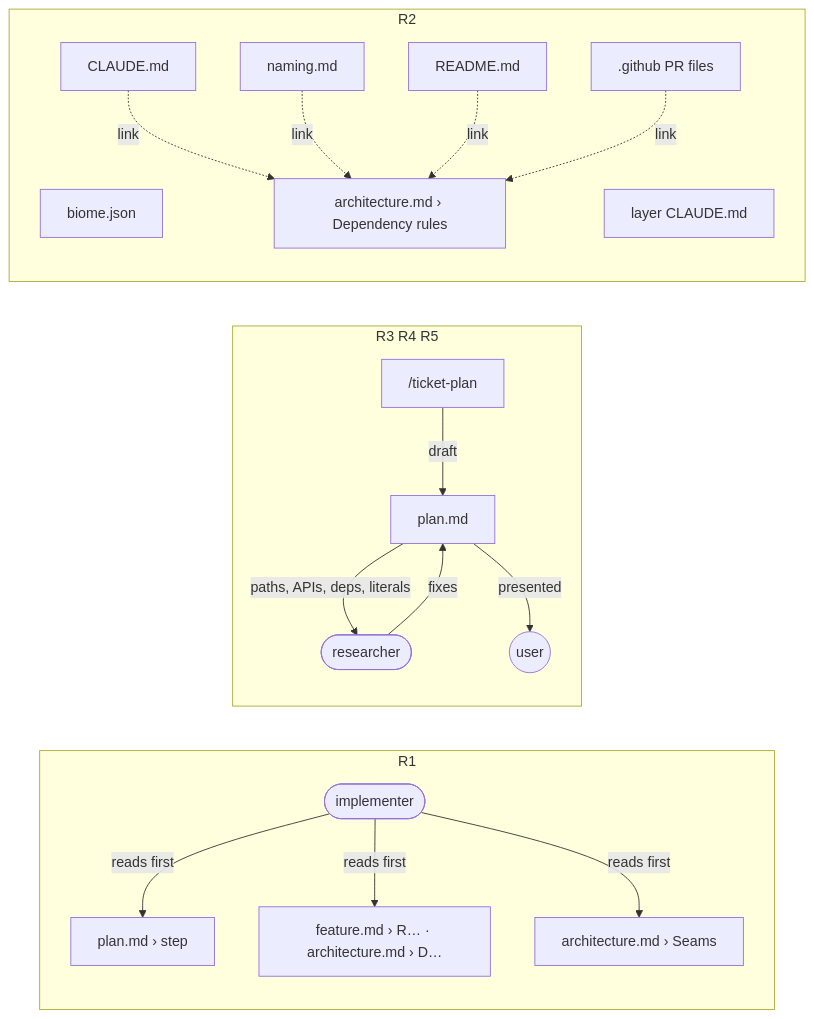
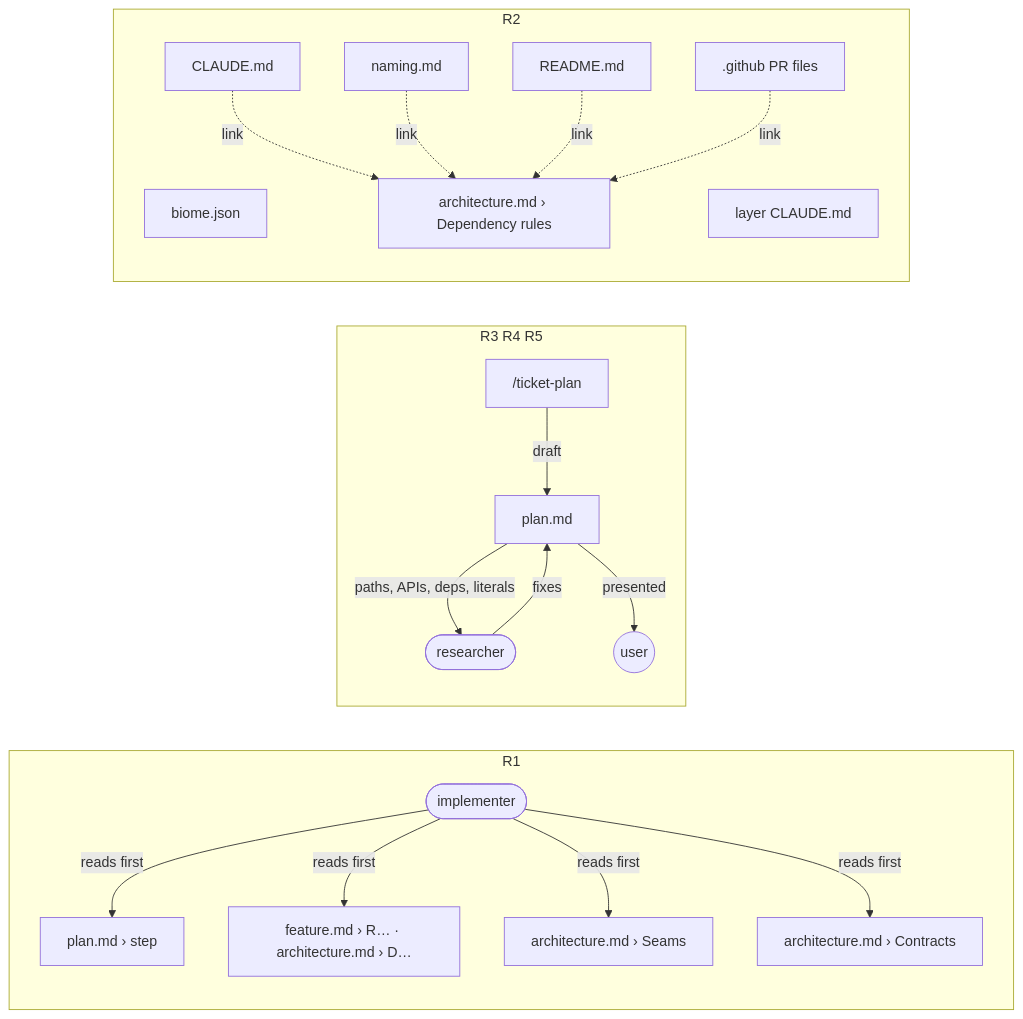
Before and after one commit to khotei/app-template: the diagram in docs/tickets/2026-10-21-1347_toolkit-reading/architecture.md, drawn with Mermaid. The commit also changed other lines of this file and 3 other files, not shown here.

First line of the commit message:
:wrench: chore(toolkit-reading): Read Contracts with the step

````diff
--- a/docs/tickets/2026-10-21-1347_toolkit-reading/architecture.md
+++ b/docs/tickets/2026-10-21-1347_toolkit-reading/architecture.md
@@ -12,13 +12,13 @@
 ```mermaid
 graph LR
   subgraph reading [R1]
-    impl([implementer]) -->|reads first| step["plan.md › step"] & rd["feature.md › R… · architecture.md › D…"] & seam["architecture.md › Seams"]
+    impl([implementer]) -->|reads first| step["plan.md › step"] & rd["feature.md › R… · architecture.md › D…"] & seam["architecture.md › Seams"] & contracts["architecture.md › Contracts"]
   end
   subgraph plan [R3 R4 R5]
     tp["/ticket-plan"] -->|draft| draft[plan.md] -->|paths, APIs, deps, literals| res([researcher]) -->|fixes| draft -->|presented| user((user))
   end
   subgraph imports [R2]
     biome[biome.json] & arch[architecture.md › Dependency rules] & layer[layer CLAUDE.md]
     root[CLAUDE.md] & naming[naming.md] & readme[README.md] & pr[.github PR files] -.->|link| arch
   end
 ```
````
